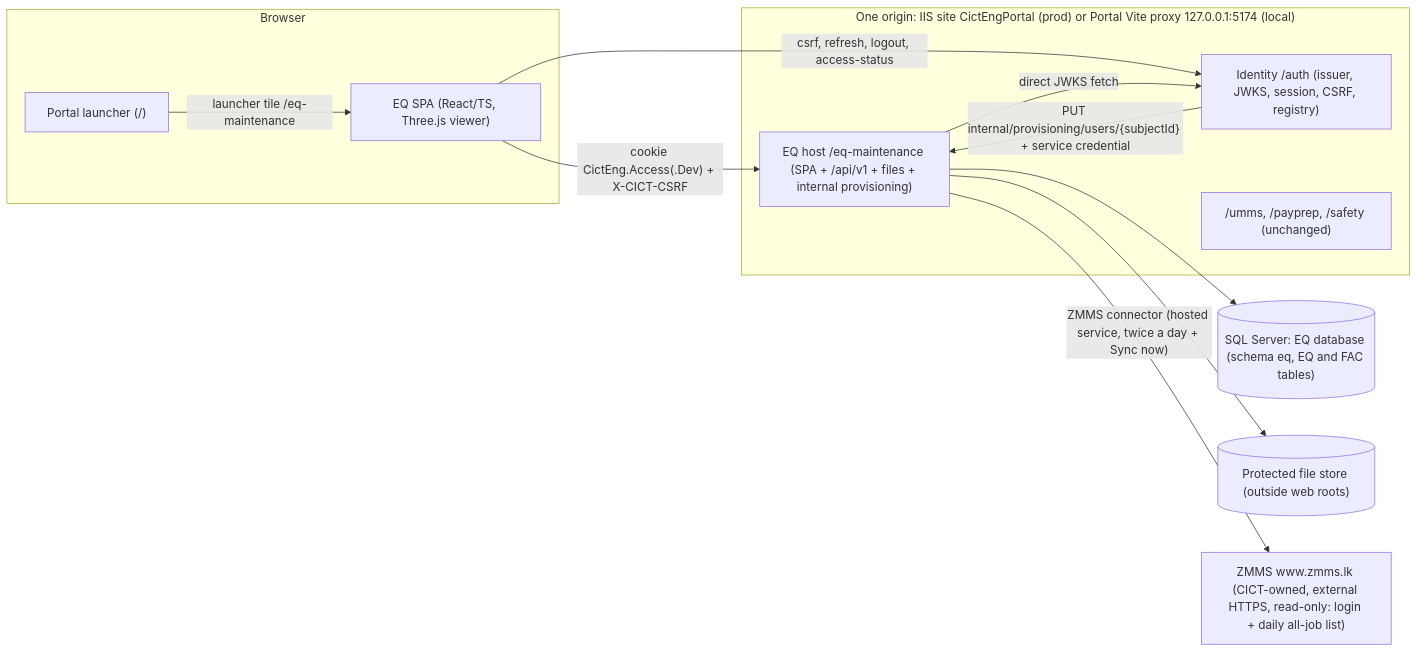
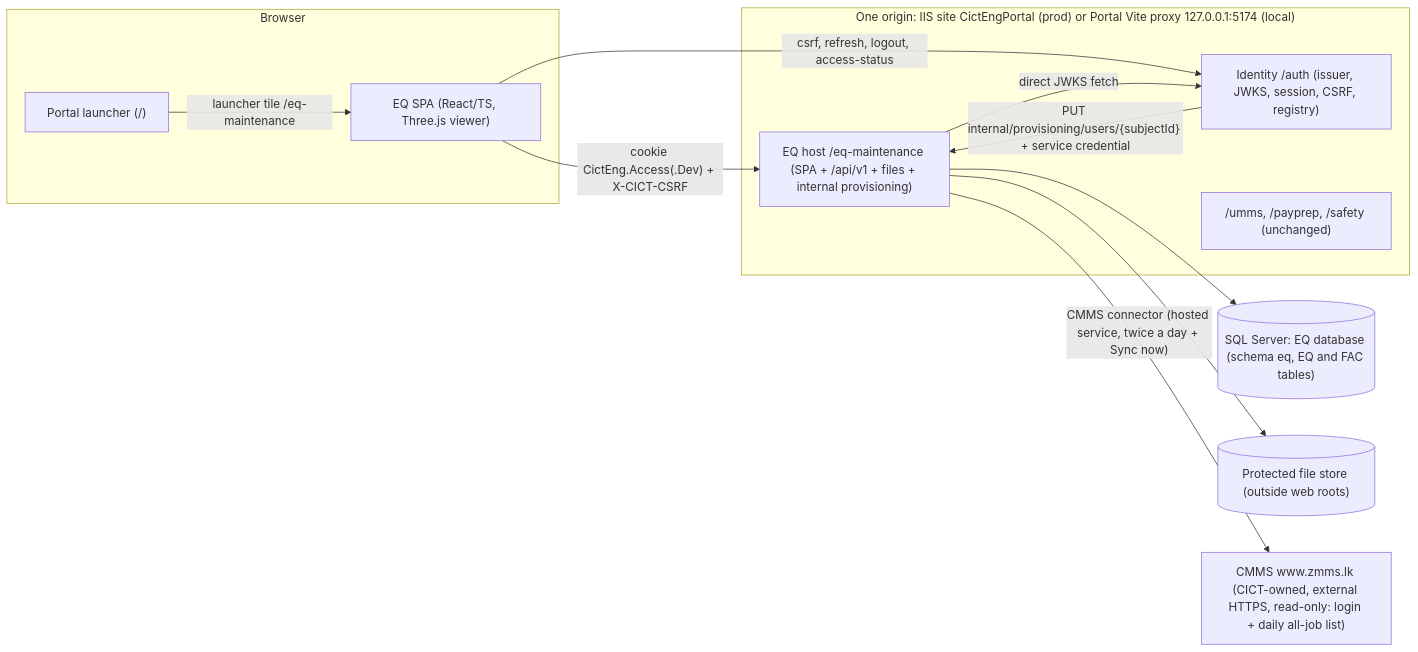
Before and after one commit to yhaggalla/EQ_MAINTENANCE: the first of 4 diagrams in docs/ARCHITECTURE.md, drawn with Mermaid. The commit also changed other lines of this file and 95 other files, not shown here.

````diff
--- a/docs/ARCHITECTURE.md
+++ b/docs/ARCHITECTURE.md
@@ -22,23 +22,23 @@
 ```mermaid
 flowchart LR
   subgraph Browser
     SPA["EQ SPA (React/TS, Three.js viewer)"]
     PortalUI["Portal launcher (/)"]
   end
   subgraph SameOrigin["One origin: IIS site CictEngPortal (prod) or Portal Vite proxy 127.0.0.1:5174 (local)"]
     Identity["Identity /auth (issuer, JWKS, session, CSRF, registry)"]
     EQHost["EQ host /eq-maintenance (SPA + /api/v1 + files + internal provisioning)"]
     Others["/umms, /payprep, /safety (unchanged)"]
   end
   EQDB[("SQL Server: EQ database (schema eq, EQ and FAC tables)")]
   Store[("Protected file store (outside web roots)")]
-  ZMMS["ZMMS www.zmms.lk (CICT-owned, external HTTPS, read-only: login + daily all-job list)"]
+  CMMS["CMMS www.zmms.lk (CICT-owned, external HTTPS, read-only: login + daily all-job list)"]
   SPA -- "cookie CictEng.Access(.Dev) + X-CICT-CSRF" --> EQHost
   SPA -- "csrf, refresh, logout, access-status" --> Identity
   PortalUI -- "launcher tile /eq-maintenance" --> SPA
   EQHost -- "direct JWKS fetch" --> Identity
   Identity -- "PUT internal/provisioning/users/{subjectId} + service credential" --> EQHost
   EQHost --> EQDB
   EQHost --> Store
-  EQHost -- "ZMMS connector (hosted service, twice a day + Sync now)" --> ZMMS
+  EQHost -- "CMMS connector (hosted service, twice a day + Sync now)" --> CMMS
 ```
````
